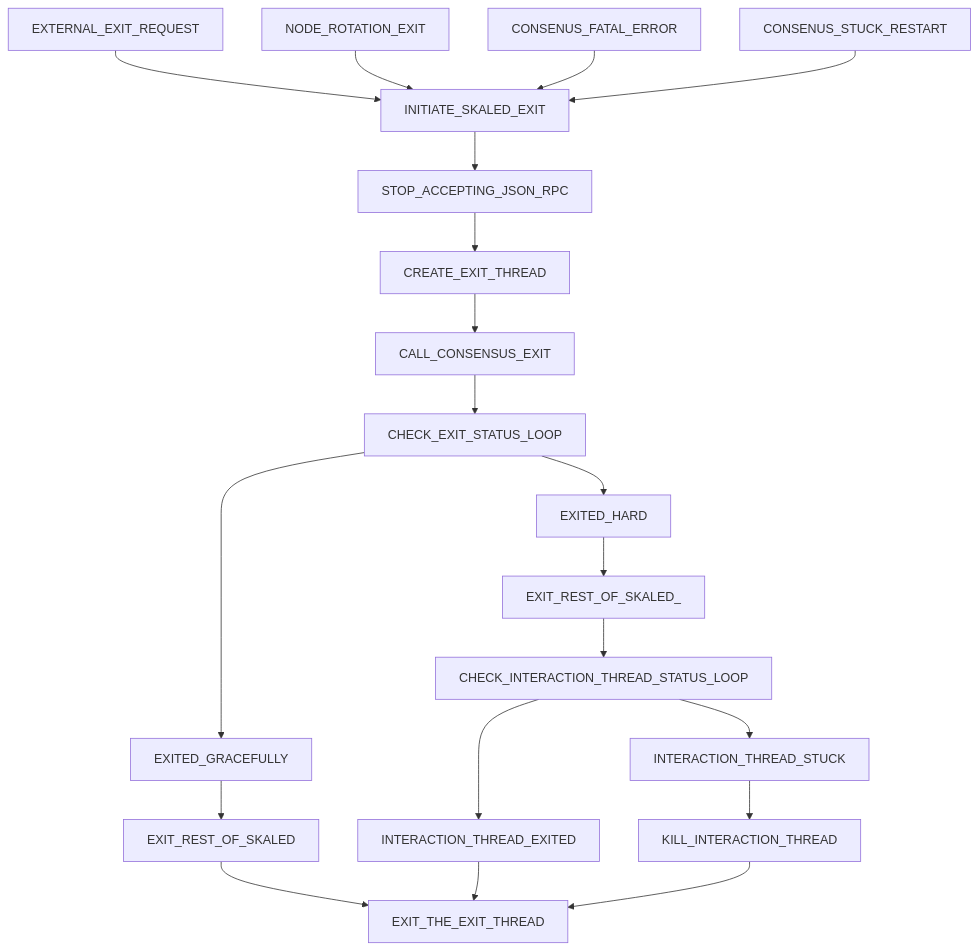
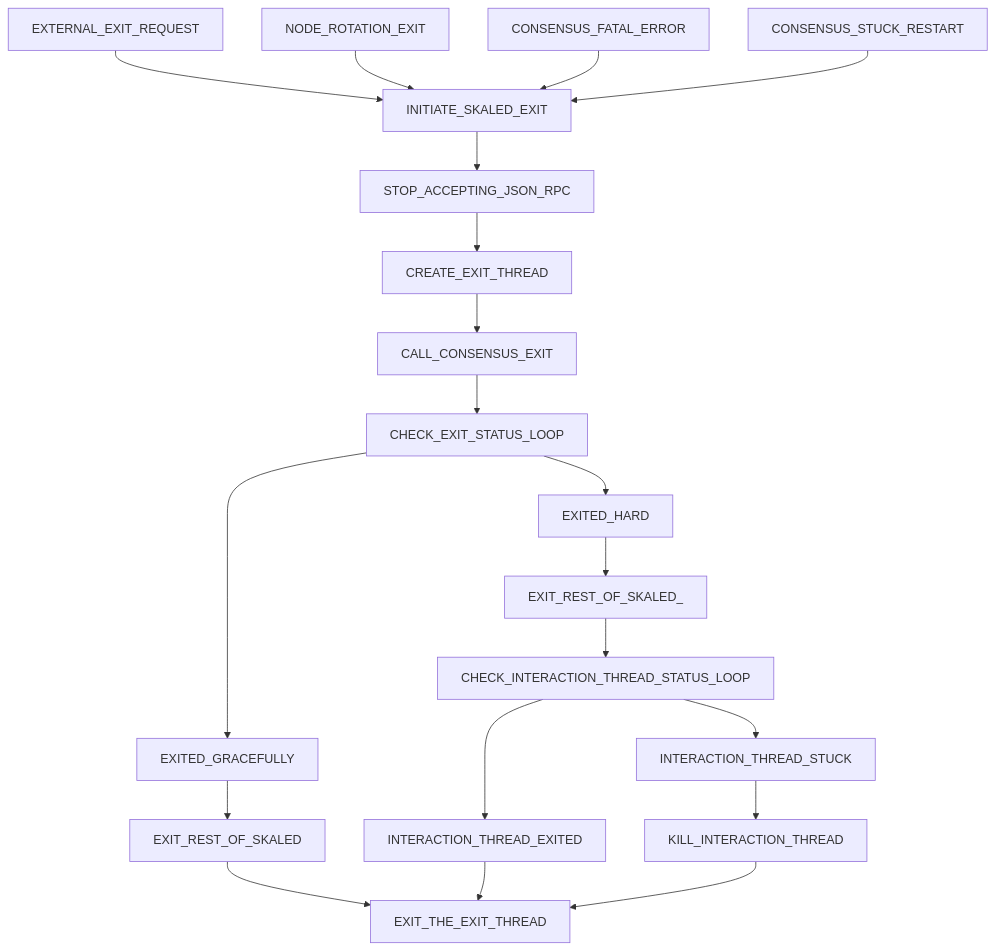
One commit to skalenetwork/skale-consensus changed the diagram in docs/exit.md. Above: the diagram before and after it, drawn with Mermaid. The commit also changed other lines of this file and 2 other files, not shown here.

````diff
--- a/docs/exit.md
+++ b/docs/exit.md
@@ -17,22 +17,22 @@
 ```mermaid
 graph TD;
     EXTERNAL_EXIT_REQUEST-->INITIATE_SKALED_EXIT
     NODE_ROTATION_EXIT-->INITIATE_SKALED_EXIT
-    CONSENUS_FATAL_ERROR-->INITIATE_SKALED_EXIT
-    CONSENUS_STUCK_RESTART-->INITIATE_SKALED_EXIT
+    CONSENSUS_FATAL_ERROR-->INITIATE_SKALED_EXIT
+    CONSENSUS_STUCK_RESTART-->INITIATE_SKALED_EXIT
     INITIATE_SKALED_EXIT-->STOP_ACCEPTING_JSON_RPC
     STOP_ACCEPTING_JSON_RPC-->CREATE_EXIT_THREAD;
     CREATE_EXIT_THREAD-->CALL_CONSENSUS_EXIT;
     CALL_CONSENSUS_EXIT-->CHECK_EXIT_STATUS_LOOP;
     CHECK_EXIT_STATUS_LOOP-->EXITED_GRACEFULLY;
     EXITED_GRACEFULLY-->EXIT_REST_OF_SKALED;
     EXIT_REST_OF_SKALED-->EXIT_THE_EXIT_THREAD;
     CHECK_EXIT_STATUS_LOOP-->EXITED_HARD;
     EXITED_HARD-->EXIT_REST_OF_SKALED_
     EXIT_REST_OF_SKALED_-->CHECK_INTERACTION_THREAD_STATUS_LOOP
     CHECK_INTERACTION_THREAD_STATUS_LOOP-->INTERACTION_THREAD_EXITED
     CHECK_INTERACTION_THREAD_STATUS_LOOP-->INTERACTION_THREAD_STUCK
     INTERACTION_THREAD_EXITED-->EXIT_THE_EXIT_THREAD
     INTERACTION_THREAD_STUCK-->KILL_INTERACTION_THREAD
     KILL_INTERACTION_THREAD-->EXIT_THE_EXIT_THREAD
 ```
````
